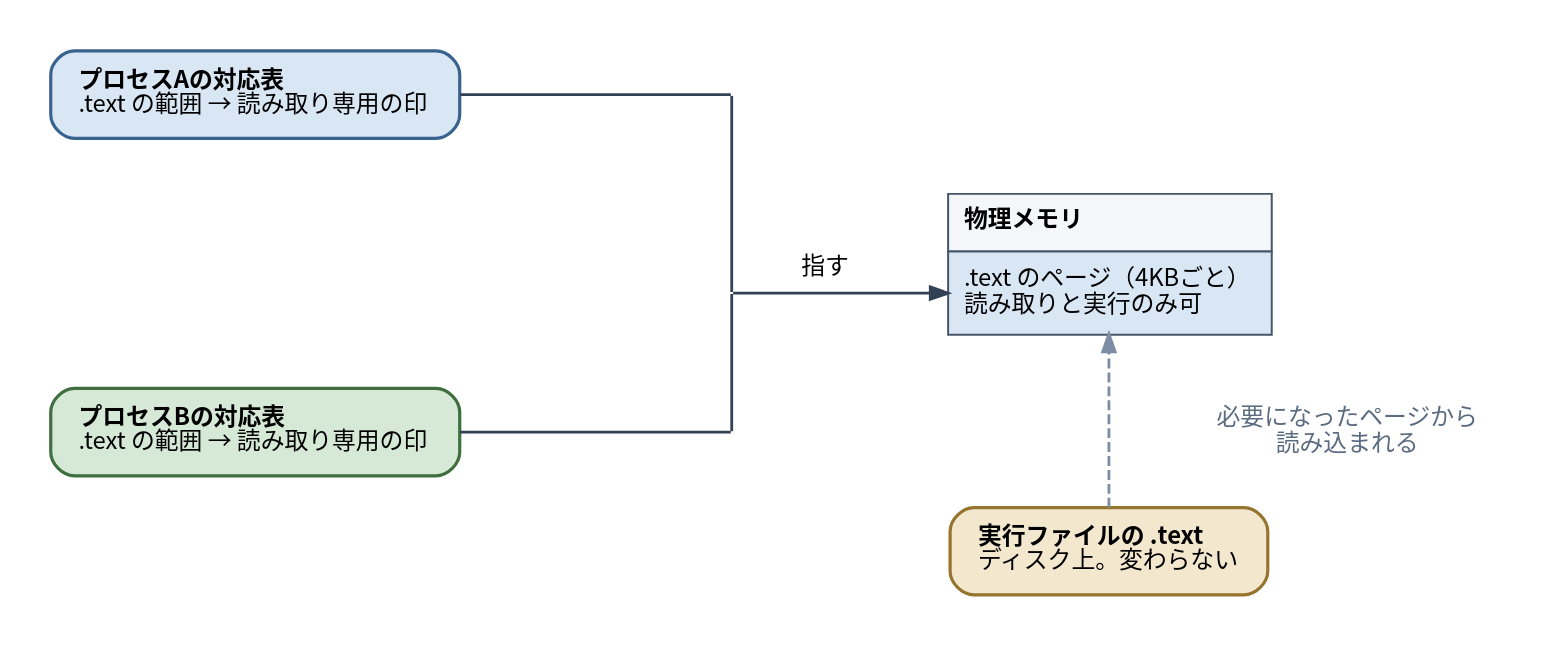
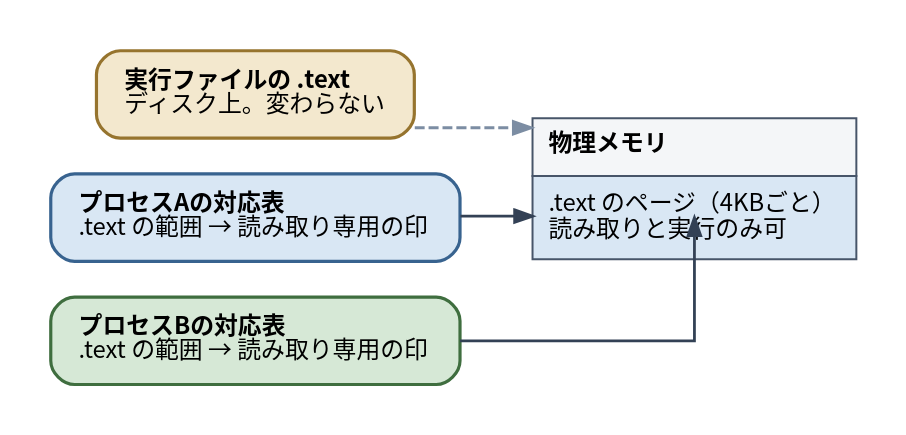
One commit to ymotongpoo/zenn.dev changed the diagram in diagrams/go-ebpf-primer/20260820-text-page-sharing.dot. Above: the diagram before and after it, drawn with Graphviz. The commit also changed 85 other files, not shown here.

First line of the commit message:
change(go-ebpf-primer): 矢印が無駄に長くなる図をlayout=dotに書き直した

```diff
--- a/diagrams/go-ebpf-primer/20260820-text-page-sharing.dot
+++ b/diagrams/go-ebpf-primer/20260820-text-page-sharing.dot
@@ -1,45 +1,36 @@
 // 同じ物理ページを共有する2つのプロセス
 digraph text_page_sharing {
   graph [
-    layout=neato, inputscale=72, splines=line,
+    rankdir=LR, splines=ortho,
     fontname="Harano Aji Gothic,Noto Sans CJK JP,IPAGothic", fontsize=13,
     bgcolor="white", pad=0.25
   ];
   node [
     fontname="Harano Aji Gothic,Noto Sans CJK JP,IPAGothic", fontsize=12,
     shape=box, style="rounded,filled",
     fillcolor="#F1F5F9", color="#475569", penwidth=1.6,
     margin="0.2,0.14"
   ];
   edge [
     fontname="Harano Aji Gothic,Noto Sans CJK JP,IPAGothic", fontsize=11,
     color="#334155", penwidth=1.4, arrowsize=0.9,
     fontcolor="#1E293B"
   ];
 
-  pa [pos="150,300!", label=<<b>プロセスAの対応表</b><br align="left"/>.text の範囲 → 読み取り専用の印<br align="left"/>>, fillcolor="#D9E7F4", color="#38638F"];
-  pb [pos="150,130!", label=<<b>プロセスBの対応表</b><br align="left"/>.text の範囲 → 読み取り専用の印<br align="left"/>>, fillcolor="#D6E8D6", color="#3F6E3F"];
+  pa [label=<<b>プロセスAの対応表</b><br align="left"/>.text の範囲 → 読み取り専用の印<br align="left"/>>, fillcolor="#D9E7F4", color="#38638F"];
+  pb [label=<<b>プロセスBの対応表</b><br align="left"/>.text の範囲 → 読み取り専用の印<br align="left"/>>, fillcolor="#D6E8D6", color="#3F6E3F"];
 
-  a1 [pos="390,300!", shape=point, width=0.01, style=invis];
-  a2 [pos="390,130!", shape=point, width=0.01, style=invis];
-  jm [pos="390,200!", shape=point, width=0.01, style=invis];
-
-  phys [pos="580,215!", shape=plain, style="", label=<
+  phys [shape=plain, style="", label=<
     <table border="0" cellborder="1" cellspacing="0" cellpadding="7" color="#475569">
       <tr><td align="left" bgcolor="#F4F6F8"><b>物理メモリ</b></td></tr>
       <tr><td port="pg" align="left" bgcolor="#D9E7F4">.text のページ（4KBごと）<br align="left"/>読み取りと実行のみ可<br align="left"/></td></tr>
     </table>>];
 
-  Lp [pos="437,213!", shape=plaintext, style="", label="指す"];
+  file [label=<<b>実行ファイルの .text</b><br align="left"/>ディスク上。変わらない<br align="left"/>>, fillcolor="#F3E8CE", color="#96742E"];
 
-  file [pos="580,70!", label=<<b>実行ファイルの .text</b><br align="left"/>ディスク上。変わらない<br align="left"/>>, fillcolor="#F3E8CE", color="#96742E"];
+  pa -> phys:pg:w;
+  pb -> phys:pg:w;
+  file -> phys [style=dashed, color="#7C8DA3"];
 
-  Lf [pos="700,130!", shape=plaintext, style="", label="必要になったページから\n読み込まれる", fontcolor="#5B6B80"];
-
-  pa -> a1 [dir=none];
-  pb -> a2 [dir=none];
-  a1 -> jm [dir=none];
-  a2 -> jm [dir=none];
-  jm -> phys:pg:w;
-  file -> phys [style=dashed, color="#7C8DA3"];
+  { rank=same; pa; pb; file; }
 }
```
